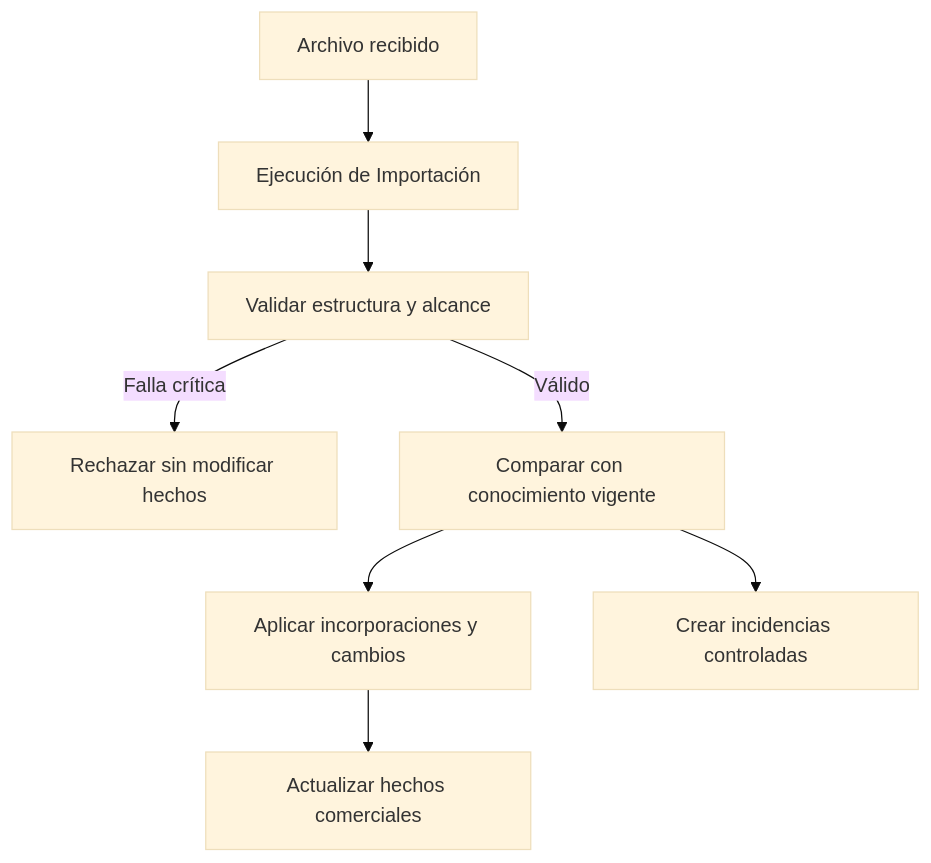
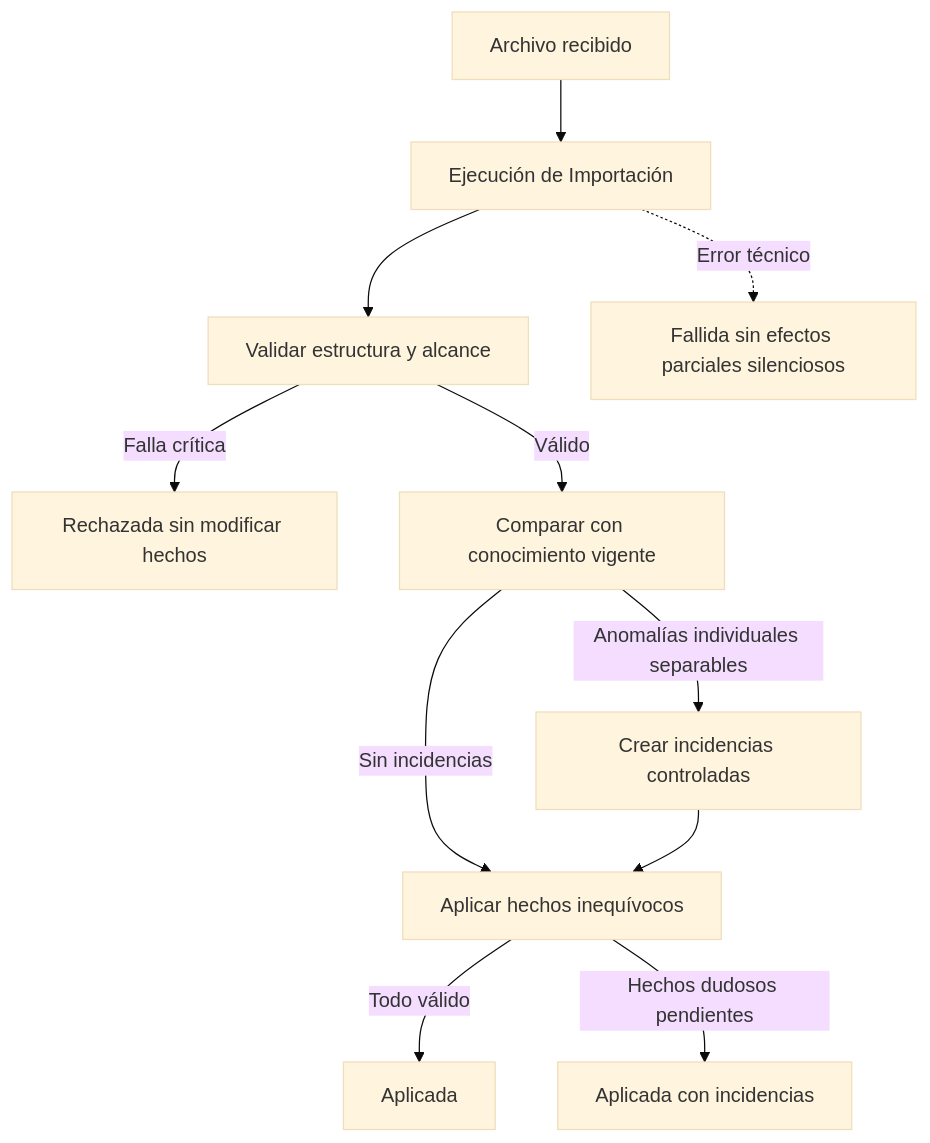
The diagram in docs/domain/operational-model.md (guilledpn/KNwS7F_2a2LZ7MS), drawn with Mermaid (base theme) before and after one commit. The commit also changed other lines of this file, not shown here.

````diff
--- a/docs/domain/operational-model.md
+++ b/docs/domain/operational-model.md
@@ -395,19 +466,24 @@
 ```mermaid
 flowchart TD
     ARCHIVO[Archivo recibido]
     RUN[Ejecución de Importación]
     VALIDAR[Validar estructura y alcance]
-    RECHAZAR[Rechazar sin modificar hechos]
+    RECHAZAR[Rechazada sin modificar hechos]
     COMPARAR[Comparar con conocimiento vigente]
-    APLICAR[Aplicar incorporaciones y cambios]
+    APLICAR[Aplicar hechos inequívocos]
     INCIDENCIA[Crear incidencias controladas]
-    HECHOS[Actualizar hechos comerciales]
+    OK[Aplicada]
+    PARCIAL[Aplicada con incidencias]
+    FALLA[Fallida sin efectos parciales silenciosos]
 
     ARCHIVO --> RUN
     RUN --> VALIDAR
     VALIDAR -->|Falla crítica| RECHAZAR
     VALIDAR -->|Válido| COMPARAR
-    COMPARAR --> APLICAR
-    COMPARAR --> INCIDENCIA
-    APLICAR --> HECHOS
+    COMPARAR -->|Sin incidencias| APLICAR
+    COMPARAR -->|Anomalías individuales separables| INCIDENCIA
+    INCIDENCIA --> APLICAR
+    APLICAR -->|Todo válido| OK
+    APLICAR -->|Hechos dudosos pendientes| PARCIAL
+    RUN -. Error técnico .-> FALLA
 ```
````
